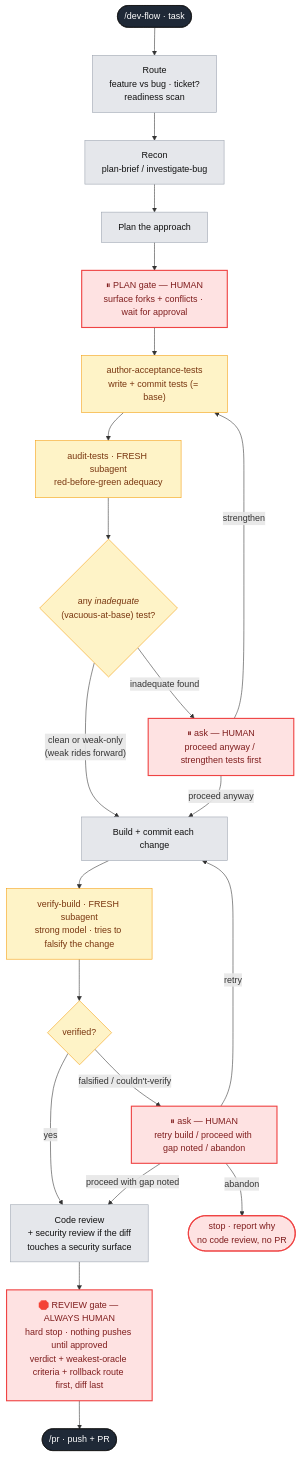
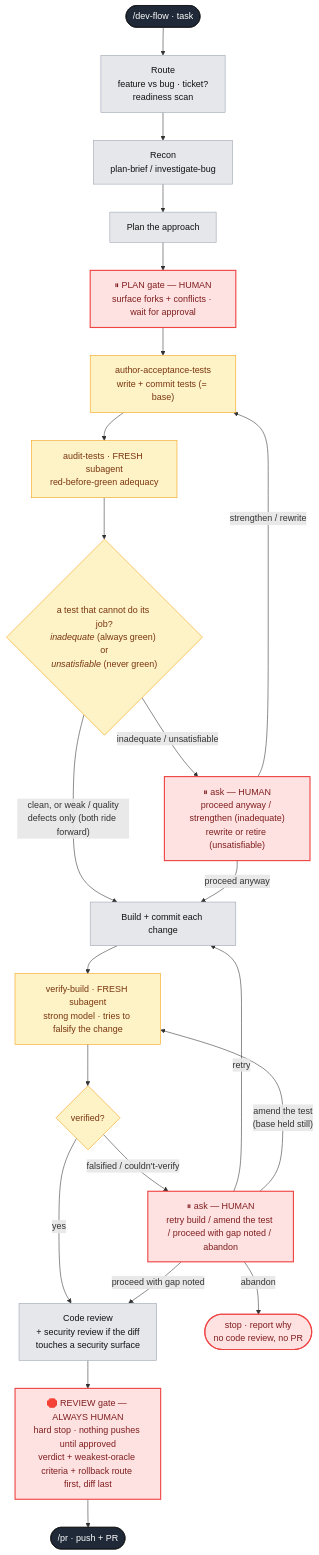
The diagram in docs/dev-flow.md (jamcgrath/dev-flow-skills), drawn with Mermaid before and after one commit. The commit also changed 2 other files, not shown here.

Commit message:
Bring the three flow diagrams back in line with the steps
Intent: the ASCII flow in dev-flow's SKILL.md, the README's copy of it and the
mermaid chart in docs/ all still described the audit-gap as pausing on
inadequate alone, and the verify checkpoint as offering three options. The last
two commits added `unsatisfiable` and the post-build amendment to the steps but
not to the pictures, so all three were describing a flow that no longer exists.

Approach: drift correction only — no behaviour changes here. The audit-gap now
reads as the two ways a test cannot do its job, with the remedies split
(strengthen a vacuous test, rewrite or retire an impossible one); the verify
checkpoint carries Amend, and the mermaid gets its edge back to verify rather
than to the build, since an amendment is re-verified rather than re-built.

````diff
--- a/docs/dev-flow.md
+++ b/docs/dev-flow.md
@@ -8,49 +8,50 @@
 ```mermaid
 flowchart TD
     A([/dev-flow · task]):::start --> B
 
     B["Route<br/>feature vs bug · ticket?<br/>readiness scan"]:::always --> C
 
     C["Recon<br/>plan-brief / investigate-bug"]:::always --> D
 
     D["Plan the approach"]:::always --> GATE
 
     GATE["⏸ PLAN gate — HUMAN<br/>surface forks + conflicts · wait for approval"]:::human --> AT
 
     AT["author-acceptance-tests<br/>write + commit tests (= base)"]:::testint --> AUD
     AUD["audit-tests · FRESH subagent<br/>red-before-green adequacy"]:::testint --> AGCHK
 
-    AGCHK{"any <i>inadequate</i><br/>(vacuous-at-base) test?"}:::testint
-    AGCHK -->|"inadequate found"| AESC
-    AGCHK -->|"clean or weak-only<br/>(weak rides forward)"| BUILD
+    AGCHK{"a test that cannot do its job?<br/><i>inadequate</i> (always green) or<br/><i>unsatisfiable</i> (never green)"}:::testint
+    AGCHK -->|"inadequate / unsatisfiable"| AESC
+    AGCHK -->|"clean, or weak / quality<br/>defects only (both ride forward)"| BUILD
 
-    AESC["⏸ ask — HUMAN<br/>proceed anyway / strengthen tests first"]:::human
-    AESC -->|strengthen| AT
+    AESC["⏸ ask — HUMAN<br/>proceed anyway / strengthen (inadequate)<br/>rewrite or retire (unsatisfiable)"]:::human
+    AESC -->|"strengthen / rewrite"| AT
     AESC -->|"proceed anyway"| BUILD
 
     BUILD["Build + commit each change"]:::always --> VB
 
     VB["verify-build · FRESH subagent<br/>strong model · tries to falsify the change"]:::testint --> VCHK
 
     VCHK{"verified?"}:::testint
     VCHK -->|yes| CR
     VCHK -->|"falsified / couldn't-verify"| VESC
 
-    VESC["⏸ ask — HUMAN<br/>retry build / proceed with gap noted / abandon"]:::human
+    VESC["⏸ ask — HUMAN<br/>retry build / amend the test / proceed with gap noted / abandon"]:::human
     VESC -->|retry| BUILD
+    VESC -->|"amend the test<br/>(base held still)"| VB
     VESC -->|"proceed with gap noted"| CR
     VESC -->|abandon| STOP
 
     STOP(["stop · report why<br/>no code review, no PR"]):::human
 
     CR["Code review<br/>+ security review if the diff<br/>touches a security surface"]:::always --> RG
 
     RG["🛑 REVIEW gate — ALWAYS HUMAN<br/>hard stop · nothing pushes until approved<br/>verdict + weakest-oracle criteria + rollback route first, diff last"]:::human --> PR
 
     PR([/pr · push + PR]):::start
 
     classDef start fill:#1f2937,color:#fff,stroke:#111;
     classDef always fill:#e5e7eb,color:#111,stroke:#9ca3af;
     classDef human fill:#fee2e2,color:#7f1d1d,stroke:#ef4444,stroke-width:2px;
     classDef testint fill:#fef3c7,color:#78350f,stroke:#f59e0b;
 ```
````
